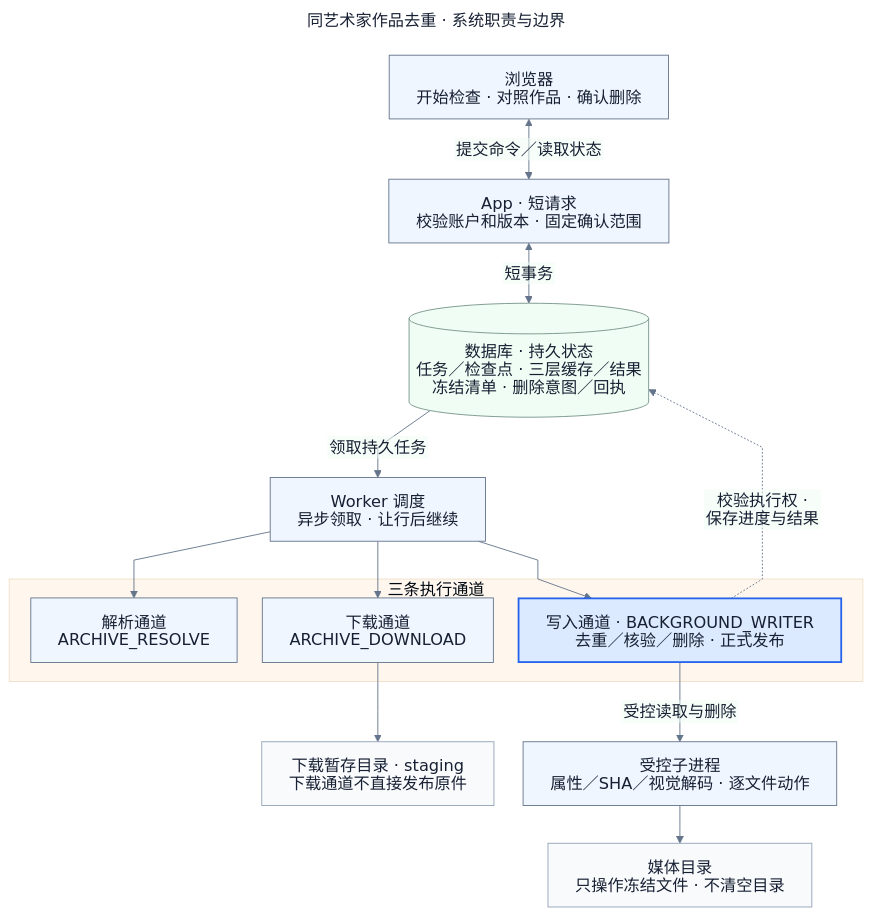
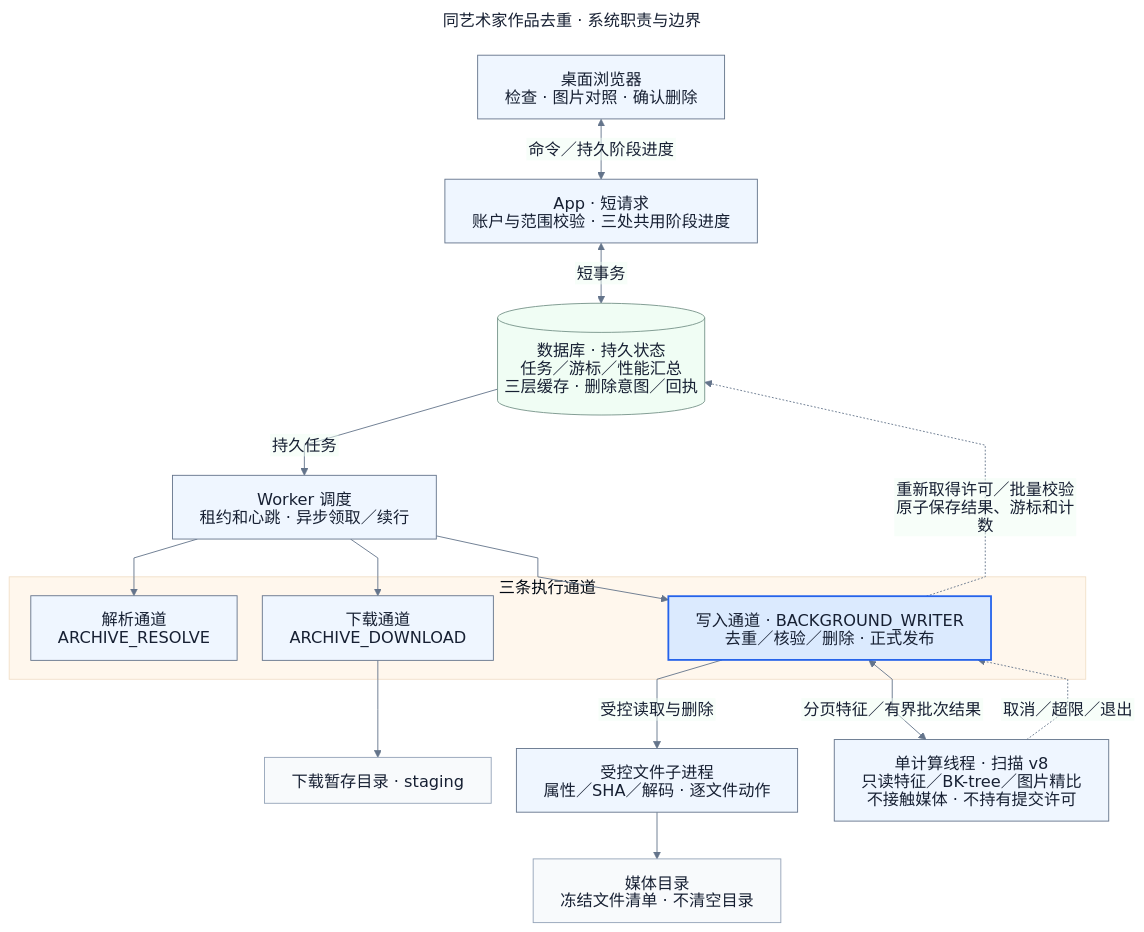
The diagram in docs/diagrams/features/artwork-deduplication/architecture.mmd (namehu/PixiShelf), drawn with Mermaid before and after one commit. The commit also changed 76 other files, not shown here.

```diff
--- a/docs/diagrams/features/artwork-deduplication/architecture.mmd
+++ b/docs/diagrams/features/artwork-deduplication/architecture.mmd
@@ -1,48 +1,51 @@
 ---
 config:
   theme: base
   htmlLabels: false
   themeVariables:
     fontFamily: 'Arial, PingFang SC, Microsoft YaHei, sans-serif'
     fontSize: 18px
     background: '#ffffff'
     primaryColor: '#eff6ff'
     primaryTextColor: '#172033'
     primaryBorderColor: '#64748b'
     lineColor: '#64748b'
     secondaryColor: '#f0fdf4'
     tertiaryColor: '#fff7ed'
   flowchart:
     htmlLabels: false
     curve: linear
     nodeSpacing: 28
     rankSpacing: 42
     wrappingWidth: 340
 title: 同艺术家作品去重 · 系统职责与边界
 ---
 flowchart TB
-  A01[浏览器<br/>开始检查 · 对照作品 · 确认删除]
-  A02[App · 短请求<br/>校验账户和版本 · 固定确认范围]
-  A03[(数据库 · 持久状态<br/>任务／检查点 · 三层缓存／结果<br/>冻结清单 · 删除意图／回执)]
-  A05[Worker 调度<br/>异步领取 · 让行后继续]
+  A01[桌面浏览器<br/>检查 · 图片对照 · 确认删除]
+  A02[App · 短请求<br/>账户与范围校验 · 三处共用阶段进度]
+  A03[(数据库 · 持久状态<br/>任务／游标／性能汇总<br/>三层缓存 · 删除意图／回执)]
+  A05[Worker 调度<br/>租约和心跳 · 异步领取／续行]
   subgraph Worker[三条执行通道]
     A06[解析通道<br/>ARCHIVE_RESOLVE]
     A07[下载通道<br/>ARCHIVE_DOWNLOAD]
     A08[写入通道 · BACKGROUND_WRITER<br/>去重／核验／删除 · 正式发布]
   end
-  A09[受控子进程<br/>属性／SHA／视觉解码 · 逐文件动作]
-  A10[下载暂存目录 · staging<br/>下载通道不直接发布原件]
-  A11[媒体目录<br/>只操作冻结文件 · 不清空目录]
-  A01 <-->|提交命令／读取状态| A02
+  A09[受控文件子进程<br/>属性／SHA／解码 · 逐文件动作]
+  A12[单计算线程 · 扫描 v8<br/>只读特征／BK-tree／图片精比<br/>不接触媒体 · 不持有提交许可]
+  A10[下载暂存目录 · staging]
+  A11[媒体目录<br/>冻结文件清单 · 不清空目录]
+  A01 <-->|命令／持久阶段进度| A02
   A02 <-->|短事务| A03
-  A03 -->|领取持久任务| A05
+  A03 -->|持久任务| A05
   A05 --> A06 & A07 & A08
   A07 --> A10
   A08 -->|受控读取与删除| A09 --> A11
-  A08 -.->|校验执行权 · 保存进度与结果| A03
+  A08 <-->|分页特征／有界批次结果| A12
+  A08 -.->|重新取得许可／批量校验<br/>原子保存结果、游标和计数| A03
+  A12 -.->|取消／超限／退出| A08
   classDef store fill:#f0fdf4,stroke:#779489
   classDef disk fill:#f8fafc,stroke:#94a3b8
   classDef writer fill:#dbeafe,stroke:#2563eb,stroke-width:2px
   class A03 store
   class A10,A11 disk
   class A08 writer
```
